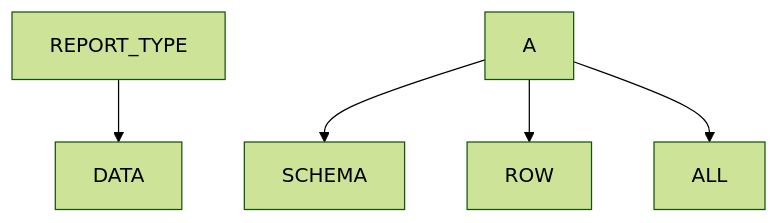
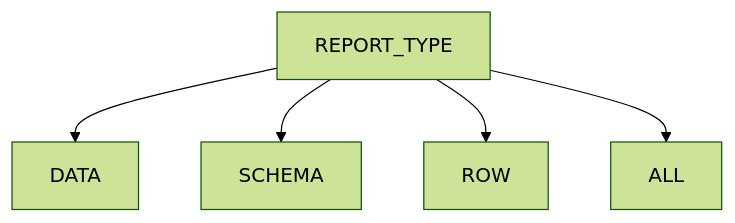
One commit to databrickslabs/remorph changed the first of 5 diagrams in README_RECON.md. Above: the diagram before and after it, drawn with Mermaid (forest theme). The commit also changed other lines of this file, not shown here.

Commit message:
Fixed the flowchart and added key notes

````diff
--- a/README_RECON.md
+++ b/README_RECON.md
@@ -13,7 +12,7 @@
 ```mermaid
 flowchart TD
     REPORT_TYPE --> DATA
-    A --> SCHEMA
-    A --> ROW
-    A --> ALL
+    REPORT_TYPE --> SCHEMA
+    REPORT_TYPE --> ROW
+    REPORT_TYPE --> ALL
 ```
````
